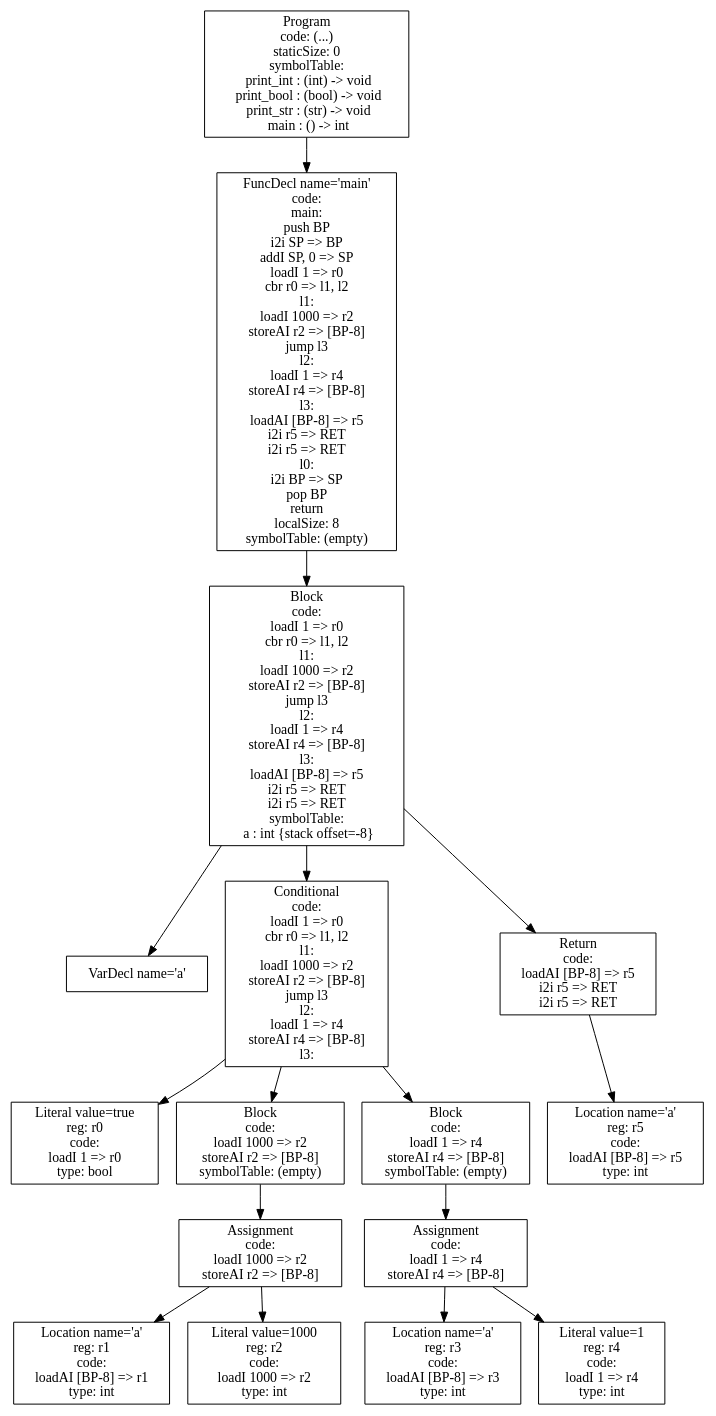
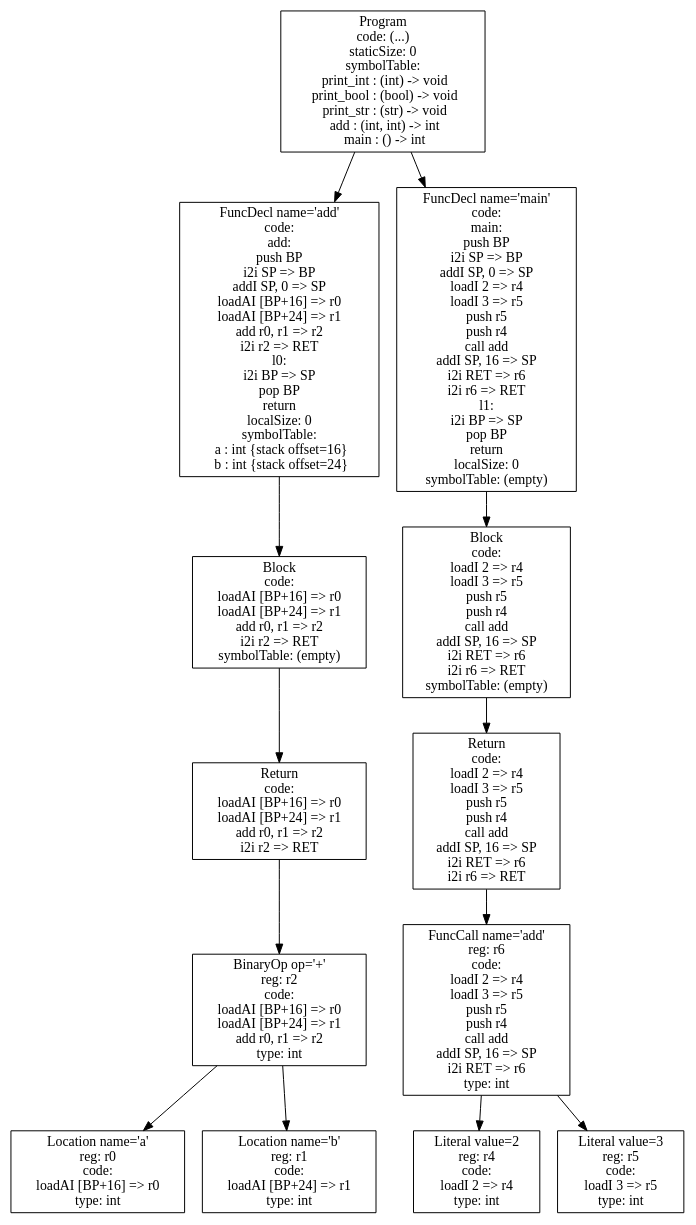
The diagram in ast.dot (ecila1011/P4), drawn with Graphviz before and after one commit. The commit also changed 16 other files, not shown here.

```diff
--- a/ast.dot
+++ b/ast.dot
@@ -1,33 +1,27 @@
 digraph AST {
-3 [shape=box, label="VarDecl name='a'"];
-5 [shape=box, label="Literal value=true\nreg: r0\ncode: \nloadI 1 => r0\ntype: bool"];
-8 [shape=box, label="Location name='a'\nreg: r1\ncode: \nloadAI [BP-8] => r1\ntype: int"];
-9 [shape=box, label="Literal value=1000\nreg: r2\ncode: \nloadI 1000 => r2\ntype: int"];
-7 [shape=box, label="Assignment\ncode: \nloadI 1000 => r2\nstoreAI r2 => [BP-8]"];
-7 -> 8;
-7 -> 9;
-6 [shape=box, label="Block\ncode: \nloadI 1000 => r2\nstoreAI r2 => [BP-8]\nsymbolTable: (empty)"];
-6 -> 7;
-12 [shape=box, label="Location name='a'\nreg: r3\ncode: \nloadAI [BP-8] => r3\ntype: int"];
-13 [shape=box, label="Literal value=1\nreg: r4\ncode: \nloadI 1 => r4\ntype: int"];
-11 [shape=box, label="Assignment\ncode: \nloadI 1 => r4\nstoreAI r4 => [BP-8]"];
-11 -> 12;
-11 -> 13;
-10 [shape=box, label="Block\ncode: \nloadI 1 => r4\nstoreAI r4 => [BP-8]\nsymbolTable: (empty)"];
-10 -> 11;
-4 [shape=box, label="Conditional\ncode: \nloadI 1 => r0\ncbr r0 => l1, l2\nl1:\nloadI 1000 => r2\nstoreAI r2 => [BP-8]\njump l3\nl2:\nloadI 1 => r4\nstoreAI r4 => [BP-8]\nl3:"];
+5 [shape=box, label="Location name='a'\nreg: r0\ncode: \nloadAI [BP+16] => r0\ntype: int"];
+6 [shape=box, label="Location name='b'\nreg: r1\ncode: \nloadAI [BP+24] => r1\ntype: int"];
+4 [shape=box, label="BinaryOp op='+'\nreg: r2\ncode: \nloadAI [BP+16] => r0\nloadAI [BP+24] => r1\nadd r0, r1 => r2\ntype: int"];
 4 -> 5;
 4 -> 6;
-4 -> 10;
-15 [shape=box, label="Location name='a'\nreg: r5\ncode: \nloadAI [BP-8] => r5\ntype: int"];
-14 [shape=box, label="Return\ncode: \nloadAI [BP-8] => r5\ni2i r5 => RET\ni2i r5 => RET"];
-14 -> 15;
-2 [shape=box, label="Block\ncode: \nloadI 1 => r0\ncbr r0 => l1, l2\nl1:\nloadI 1000 => r2\nstoreAI r2 => [BP-8]\njump l3\nl2:\nloadI 1 => r4\nstoreAI r4 => [BP-8]\nl3:\nloadAI [BP-8] => r5\ni2i r5 => RET\ni2i r5 => RET\nsymbolTable: \n  a : int {stack offset=-8}"];
+3 [shape=box, label="Return\ncode: \nloadAI [BP+16] => r0\nloadAI [BP+24] => r1\nadd r0, r1 => r2\ni2i r2 => RET"];
+3 -> 4;
+2 [shape=box, label="Block\ncode: \nloadAI [BP+16] => r0\nloadAI [BP+24] => r1\nadd r0, r1 => r2\ni2i r2 => RET\nsymbolTable: (empty)"];
 2 -> 3;
-2 -> 4;
-2 -> 14;
-1 [shape=box, label="FuncDecl name='main'\ncode: \nmain:\npush BP\ni2i SP => BP\naddI SP, 0 => SP\nloadI 1 => r0\ncbr r0 => l1, l2\nl1:\nloadI 1000 => r2\nstoreAI r2 => [BP-8]\njump l3\nl2:\nloadI 1 => r4\nstoreAI r4 => [BP-8]\nl3:\nloadAI [BP-8] => r5\ni2i r5 => RET\ni2i r5 => RET\nl0:\ni2i BP => SP\npop BP\nreturn\nlocalSize: 8\nsymbolTable: (empty)"];
+1 [shape=box, label="FuncDecl name='add'\ncode: \nadd:\npush BP\ni2i SP => BP\naddI SP, 0 => SP\nloadAI [BP+16] => r0\nloadAI [BP+24] => r1\nadd r0, r1 => r2\ni2i r2 => RET\nl0:\ni2i BP => SP\npop BP\nreturn\nlocalSize: 0\nsymbolTable: \n  a : int {stack offset=16}\n  b : int {stack offset=24}"];
 1 -> 2;
-0 [shape=box, label="Program\ncode: (...)\nstaticSize: 0\nsymbolTable: \n  print_int : (int) -> void\n  print_bool : (bool) -> void\n  print_str : (str) -> void\n  main : () -> int"];
+11 [shape=box, label="Literal value=2\nreg: r4\ncode: \nloadI 2 => r4\ntype: int"];
+12 [shape=box, label="Literal value=3\nreg: r5\ncode: \nloadI 3 => r5\ntype: int"];
+10 [shape=box, label="FuncCall name='add'\nreg: r6\ncode: \nloadI 2 => r4\nloadI 3 => r5\npush r5\npush r4\ncall add\naddI SP, 16 => SP\ni2i RET => r6\ntype: int"];
+10 -> 11;
+10 -> 12;
+9 [shape=box, label="Return\ncode: \nloadI 2 => r4\nloadI 3 => r5\npush r5\npush r4\ncall add\naddI SP, 16 => SP\ni2i RET => r6\ni2i r6 => RET"];
+9 -> 10;
+8 [shape=box, label="Block\ncode: \nloadI 2 => r4\nloadI 3 => r5\npush r5\npush r4\ncall add\naddI SP, 16 => SP\ni2i RET => r6\ni2i r6 => RET\nsymbolTable: (empty)"];
+8 -> 9;
+7 [shape=box, label="FuncDecl name='main'\ncode: \nmain:\npush BP\ni2i SP => BP\naddI SP, 0 => SP\nloadI 2 => r4\nloadI 3 => r5\npush r5\npush r4\ncall add\naddI SP, 16 => SP\ni2i RET => r6\ni2i r6 => RET\nl1:\ni2i BP => SP\npop BP\nreturn\nlocalSize: 0\nsymbolTable: (empty)"];
+7 -> 8;
+0 [shape=box, label="Program\ncode: (...)\nstaticSize: 0\nsymbolTable: \n  print_int : (int) -> void\n  print_bool : (bool) -> void\n  print_str : (str) -> void\n  add : (int, int) -> int\n  main : () -> int"];
 0 -> 1;
+0 -> 7;
 }
```
